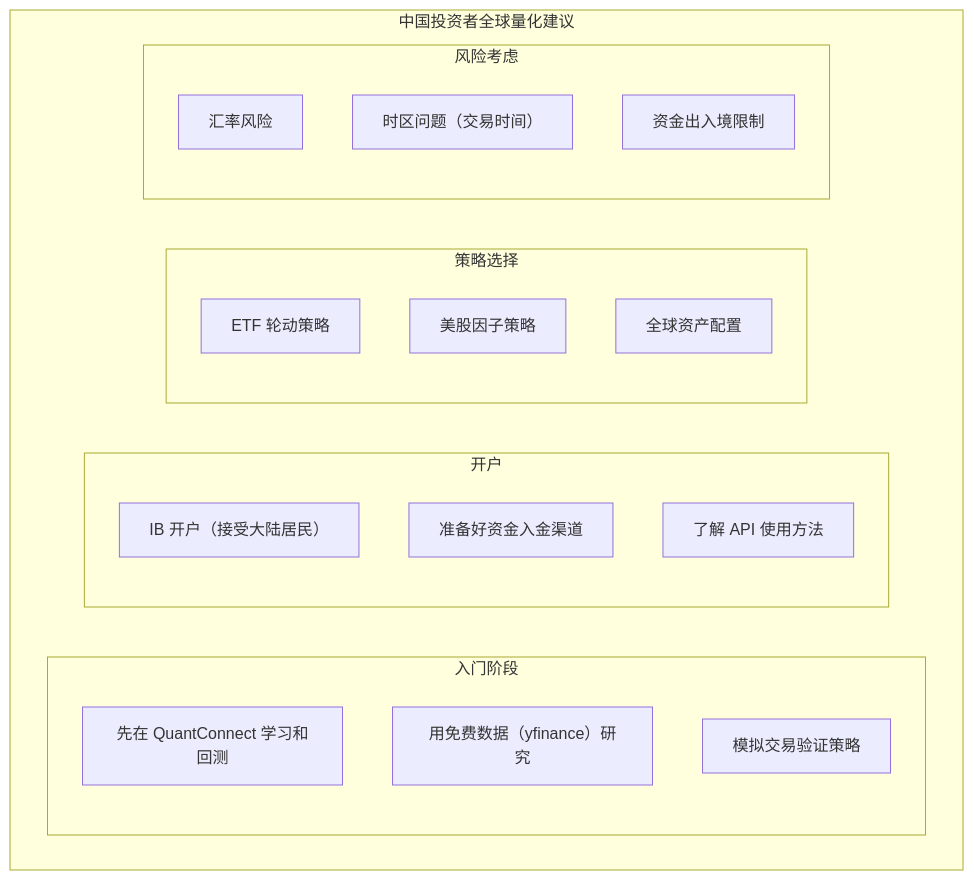
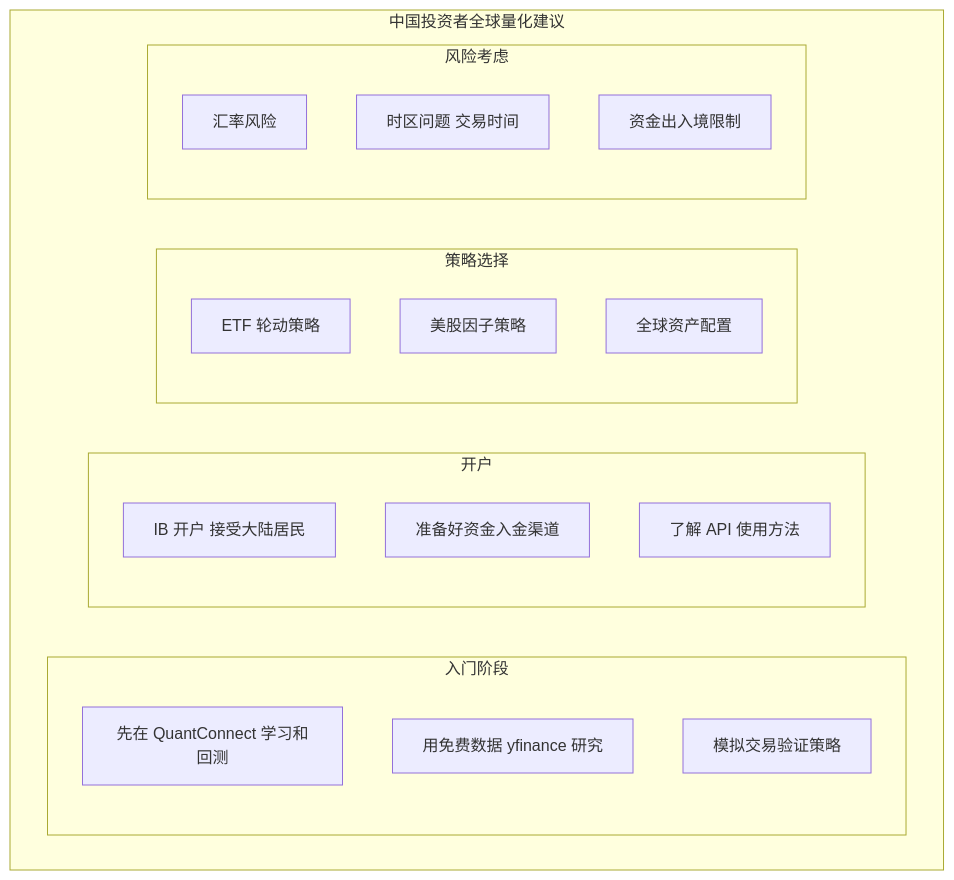
One commit to jpixy/jpixy.github.io changed diagram 12 of 13 in content/articles/quant/quant-04-全球量化交易接口与数据.md. Above: the diagram before and after it, drawn with Mermaid. The commit also changed other lines of this file and 66 other files, not shown here.

Commit message:
fix: resolve Mermaid syntax errors by removing parentheses in node labels

````diff
--- a/content/articles/quant/quant-04-全球量化交易接口与数据.md
+++ b/content/articles/quant/quant-04-全球量化交易接口与数据.md
@@ -466,25 +466,25 @@
 ```mermaid
 graph TB
     subgraph 建议["中国投资者全球量化建议"]
         subgraph 入门阶段
             R1["先在 QuantConnect 学习和回测"]
-            R2["用免费数据（yfinance）研究"]
+            R2["用免费数据 yfinance 研究"]
             R3["模拟交易验证策略"]
         end
         subgraph 开户
-            K1["IB 开户（接受大陆居民）"]
+            K1["IB 开户 接受大陆居民"]
             K2["准备好资金入金渠道"]
             K3["了解 API 使用方法"]
         end
         subgraph 策略选择
             C1["ETF 轮动策略"]
             C2["美股因子策略"]
             C3["全球资产配置"]
         end
         subgraph 风险考虑
             F1["汇率风险"]
-            F2["时区问题（交易时间）"]
+            F2["时区问题 交易时间"]
             F3["资金出入境限制"]
         end
     end
 ```
````
